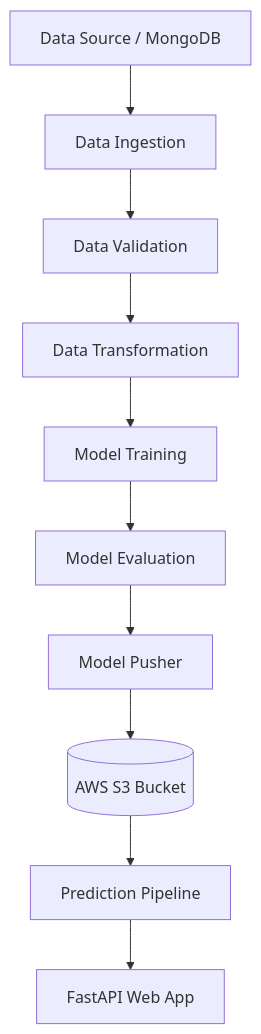
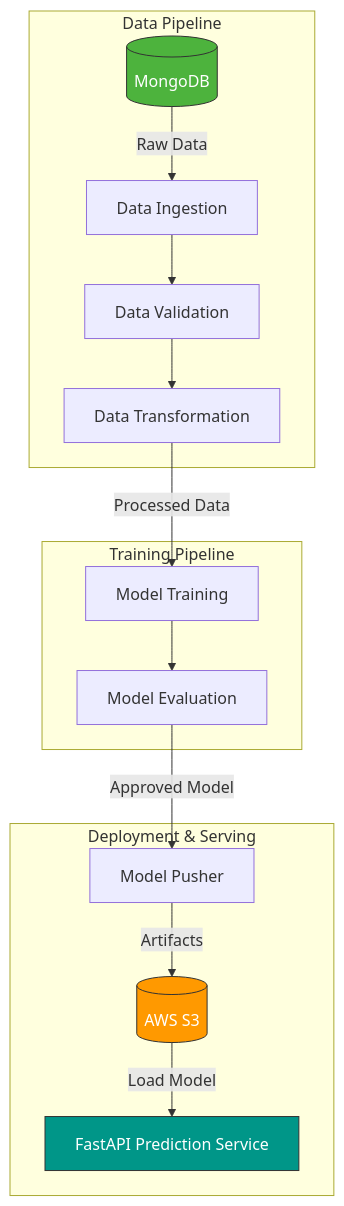
Before and after one commit to Rupeshbhardwaj002/Vehicle-insurance-: the first of 2 diagrams in README.md, drawn with Mermaid. The commit also changed other lines of this file, not shown here.

````diff
--- a/README.md
+++ b/README.md
@@ -45,12 +31,23 @@
 ```mermaid
 graph TD
-    A[Data Source / MongoDB] --> B[Data Ingestion]
-    B --> C[Data Validation]
-    C --> D[Data Transformation]
-    D --> E[Model Training]
-    E --> F[Model Evaluation]
-    F --> G[Model Pusher]
-    G --> H[(AWS S3 Bucket)]
-    H --> I[Prediction Pipeline]
-    I --> J[FastAPI Web App]
+    subgraph Data Pipeline
+        A[(MongoDB)] -->|Raw Data| B[Data Ingestion]
+        B --> C[Data Validation]
+        C --> D[Data Transformation]
+    end
+    
+    subgraph Training Pipeline
+        D -->|Processed Data| E[Model Training]
+        E --> F[Model Evaluation]
+    end
+    
+    subgraph Deployment & Serving
+        F -->|Approved Model| G[Model Pusher]
+        G -->|Artifacts| H[(AWS S3)]
+        H -->|Load Model| I[FastAPI Prediction Service]
+    end
+    
+    style A fill:#4DB33D,stroke:#333,stroke-width:1px,color:#fff
+    style H fill:#FF9900,stroke:#333,stroke-width:1px,color:#fff
+    style I fill:#009688,stroke:#333,stroke-width:1px,color:#fff
 ```
````
